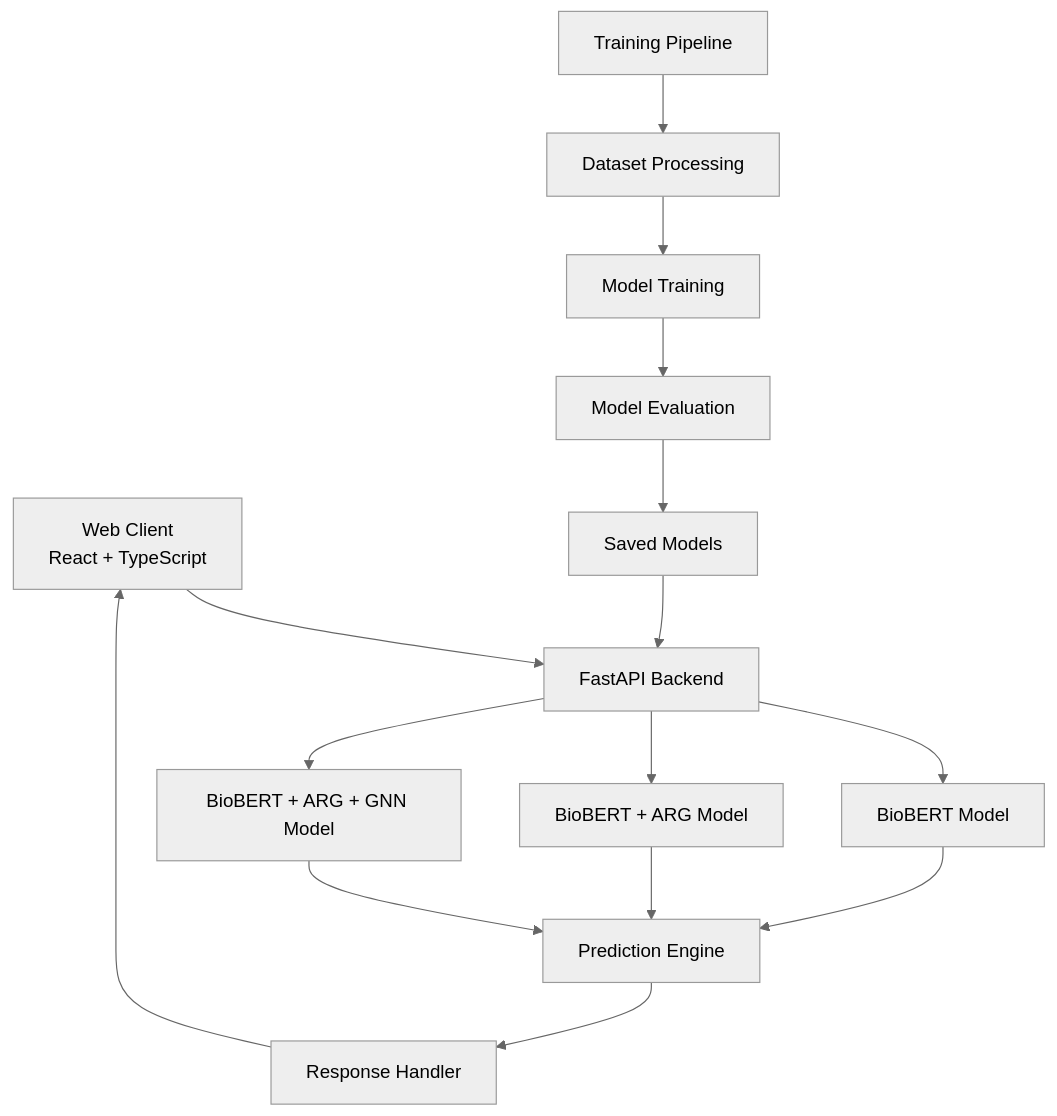
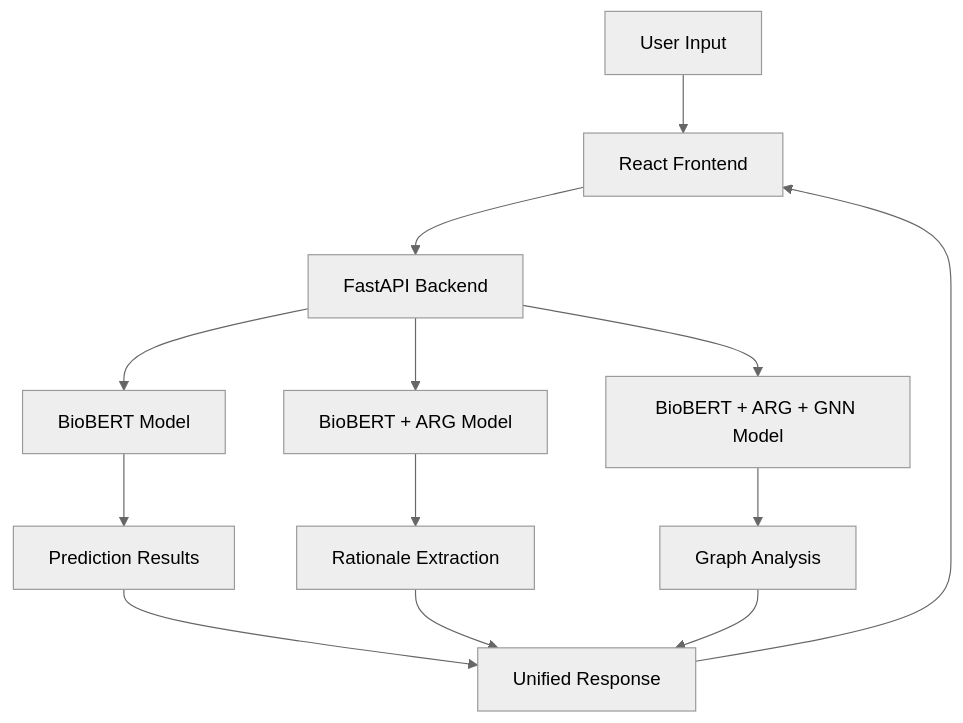
One commit to JyothikaGolla/Health-MisInformation-Detector changed the diagram in README.md. Above: the diagram before and after it, drawn with Mermaid (neutral theme). The commit also changed other lines of this file, not shown here.

````diff
--- a/README.md
+++ b/README.md
@@ -57,18 +37,15 @@
 ```mermaid
 graph TB
-    A[Web Client<br/>React + TypeScript] --> B[FastAPI Backend]
-    B --> C[BioBERT Model]
-    B --> D[BioBERT + ARG Model]
-    B --> E[BioBERT + ARG + GNN Model]
-    C --> F[Prediction Engine]
-    D --> F
-    E --> F
-    F --> G[Response Handler]
-    G --> A
-    
-    H[Training Pipeline] --> I[Dataset Processing]
-    I --> J[Model Training]
-    J --> K[Model Evaluation]
-    K --> L[Saved Models]
-    L --> B
+    A[User Input] --> B[React Frontend]
+    B --> C[FastAPI Backend]
+    C --> D[BioBERT Model]
+    C --> E[BioBERT + ARG Model] 
+    C --> F[BioBERT + ARG + GNN Model]
+    D --> G[Prediction Results]
+    E --> H[Rationale Extraction]
+    F --> I[Graph Analysis]
+    G --> J[Unified Response]
+    H --> J
+    I --> J
+    J --> B
 ```
````
